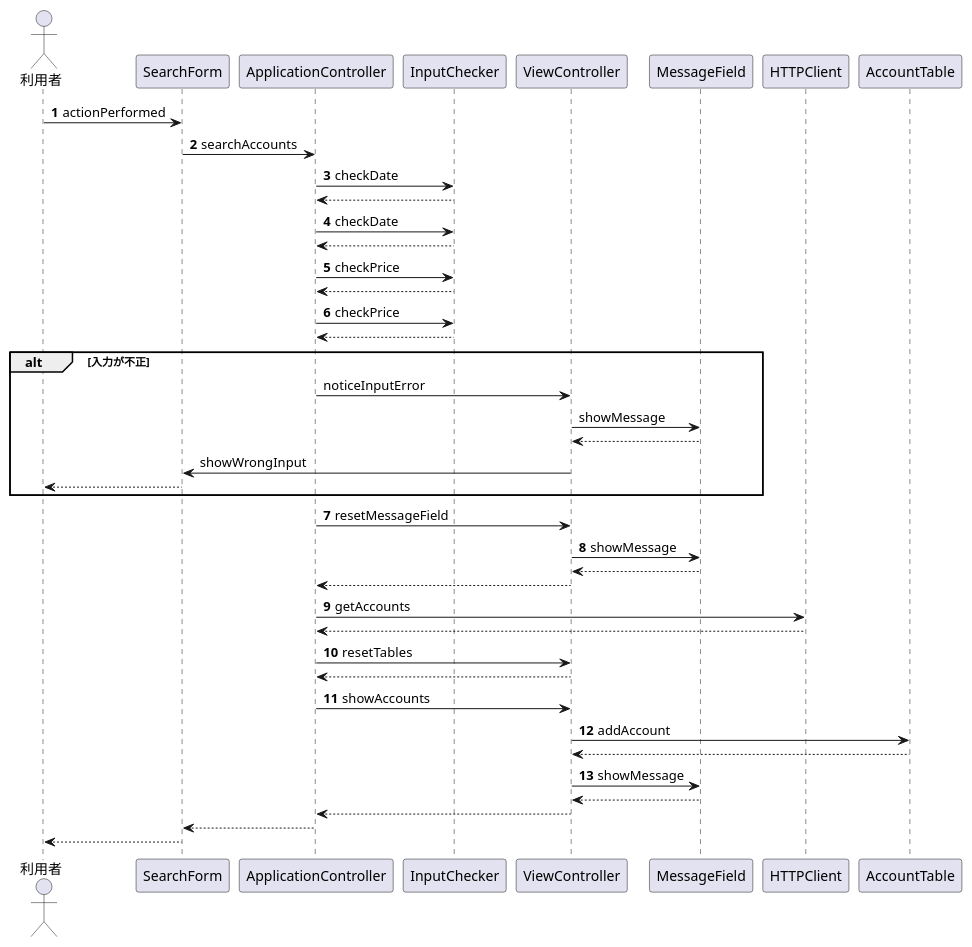
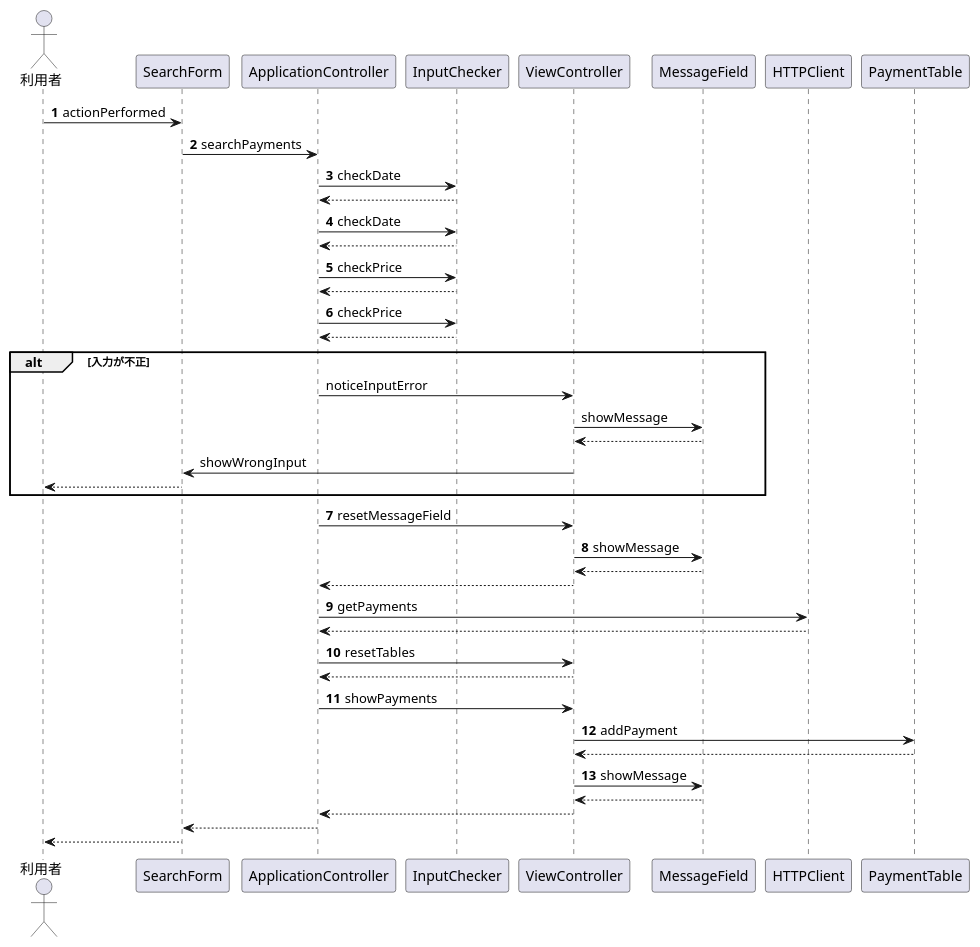
One commit to Leonis0813/chort changed the second of 2 diagrams in zosma/sphinx/internal.rst. Above: the diagram before and after it, drawn with PlantUML. The commit also changed other lines of this file, not shown here.

```diff
--- a/zosma/sphinx/internal.rst
+++ b/zosma/sphinx/internal.rst
@@ -197,73 +203,73 @@
 .. uml::
 
    autonumber
 
    actor 利用者
    利用者 -> SearchForm : actionPerformed
-   SearchForm -> ApplicationController : searchAccounts
+   SearchForm -> ApplicationController : searchPayments
    ApplicationController -> InputChecker : checkDate
 
    autonumber stop
    InputChecker --> ApplicationController
 
    autonumber resume
    ApplicationController -> InputChecker : checkDate
 
    autonumber stop
    InputChecker --> ApplicationController
 
    autonumber resume
    ApplicationController -> InputChecker : checkPrice
 
    autonumber stop
    InputChecker --> ApplicationController
 
    autonumber resume
    ApplicationController -> InputChecker : checkPrice
 
    autonumber stop
    InputChecker --> ApplicationController
 
    alt 入力が不正
      ApplicationController -> ViewController : noticeInputError
      ViewController -> MessageField : showMessage
      MessageField --> ViewController
      ViewController -> SearchForm : showWrongInput
      SearchForm --> 利用者
    end
 
    autonumber resume
    ApplicationController -> ViewController : resetMessageField
    ViewController -> MessageField : showMessage
 
    autonumber stop
    MessageField --> ViewController
    ViewController --> ApplicationController
 
    autonumber resume
-   ApplicationController -> HTTPClient : getAccounts
+   ApplicationController -> HTTPClient : getPayments
 
    autonumber stop
    HTTPClient --> ApplicationController
 
    autonumber resume
    ApplicationController -> ViewController : resetTables
 
    autonumber stop
    ViewController --> ApplicationController
 
    autonumber resume
-   ApplicationController -> ViewController : showAccounts
-   ViewController -> AccountTable : addAccount
+   ApplicationController -> ViewController : showPayments
+   ViewController -> PaymentTable : addPayment
 
    autonumber stop
-   AccountTable --> ViewController
+   PaymentTable --> ViewController
 
    autonumber resume
    ViewController -> MessageField : showMessage
 
    autonumber stop
    MessageField --> ViewController
    ViewController --> ApplicationController
    ApplicationController --> SearchForm
    SearchForm --> 利用者
```
